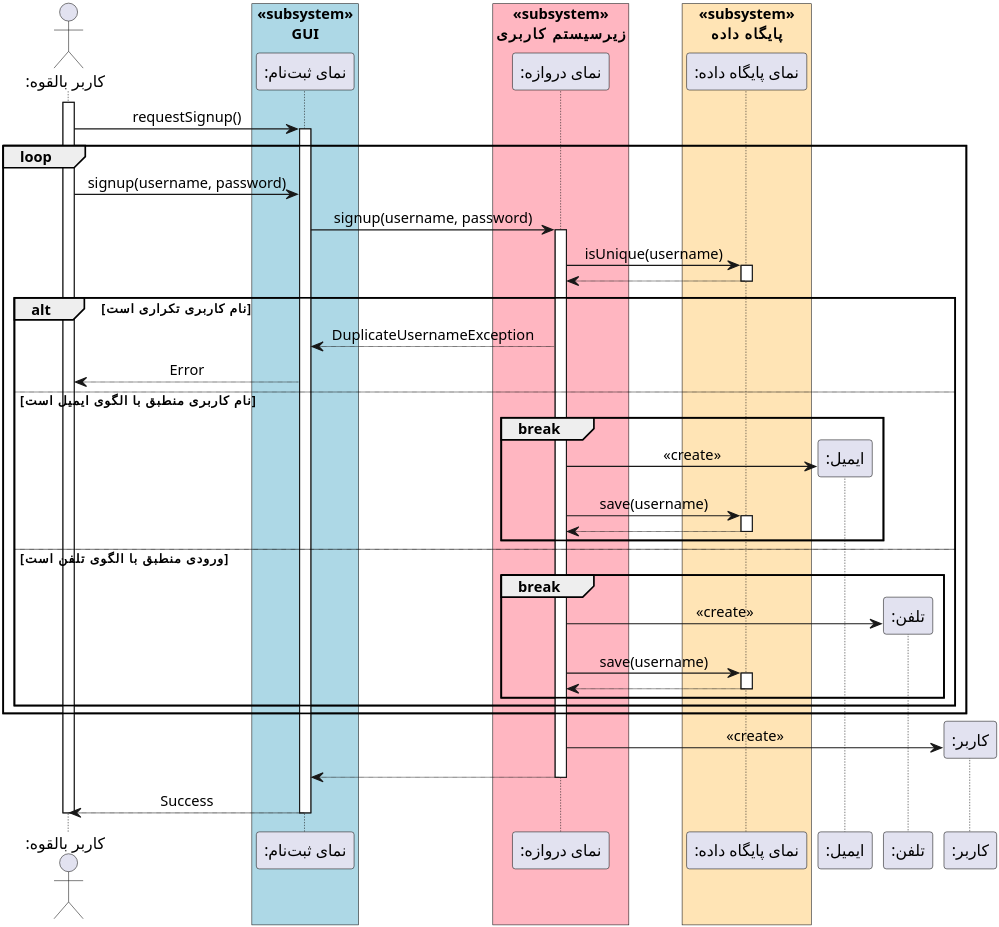
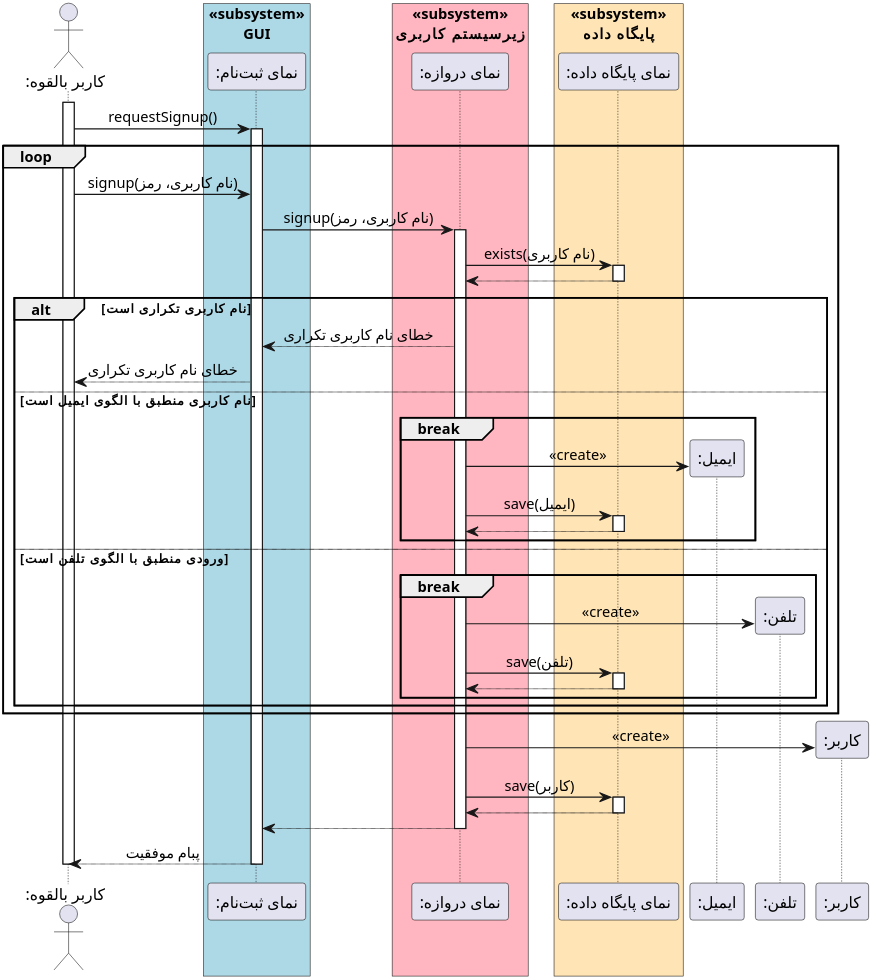
One commit to soleyman79/Qasedak changed the diagram in Diagrams/Design Sequence/Signup.puml. Above: the diagram before and after it, drawn with PlantUML.

Commit message:
Update design-signup

```diff
--- a/Diagrams/Design Sequence/Signup.puml
+++ b/Diagrams/Design Sequence/Signup.puml
@@ -1,66 +1,70 @@
 @startuml signup
 
 
 scale 4
 skinparam DefaultFontName Vazir
 skinparam DefaultTextAlignment center
 
  
 actor ":کاربر بالقوه" as potential_user
 box "«subsystem»\nGUI" #LightBlue
 participant ":نمای ثبت‌نام" as register_facade
 end box
 box "«subsystem»\nزیرسیستم کاربری" #LightPink
 participant ":نمای دروازه" as gate_facade
 end box
 box "«subsystem»\nپایگاه داده" #Moccasin
 participant ":نمای پایگاه داده" as db_facade
 end box
 participant ":ایمیل" as email
 participant ":تلفن" as phone
 participant ":کاربر" as user
 
 activate potential_user
 potential_user -> register_facade : requestSignup()
 activate register_facade
 
 loop
-    potential_user -> register_facade: signup(username, password)
-    register_facade -> gate_facade: signup(username, password)
+    potential_user -> register_facade: signup(نام کاربری، رمز)
+    register_facade -> gate_facade: signup(نام کاربری، رمز)
     activate gate_facade
-    gate_facade -> db_facade: isUnique(username)
+    gate_facade -> db_facade: exists(نام کاربری)
     activate db_facade
     db_facade --> gate_facade
     deactivate db_facade
 
     alt نام کاربری تکراری است
-        gate_facade --> register_facade: DuplicateUsernameException
-        register_facade --> potential_user: Error
+        gate_facade --> register_facade: خطای نام کاربری تکراری
+        register_facade --> potential_user: خطای نام کاربری تکراری
     else نام کاربری منطبق با الگوی ایمیل است
         break
             gate_facade -> email **: «create»
-            gate_facade -> db_facade: save(username)
+            gate_facade -> db_facade: save(ایمیل)
             activate db_facade
             db_facade --> gate_facade
             deactivate db_facade
         end
     else ورودی منطبق با الگوی تلفن است
         break
             gate_facade -> phone **: «create»
-            gate_facade -> db_facade: save(username)
+            gate_facade -> db_facade: save(تلفن)
             activate db_facade
             db_facade --> gate_facade
             deactivate db_facade
         end
     end
 end
 
 gate_facade -> user **: «create»
+gate_facade -> db_facade: save(کاربر)
+activate db_facade
+db_facade --> gate_facade
+deactivate db_facade
 gate_facade --> register_facade
 deactivate gate_facade
-register_facade --> potential_user: Success
+register_facade --> potential_user: پبام موفقیت
 deactivate register_facade
 deactivate potential_user
 
 
 @enduml
```
